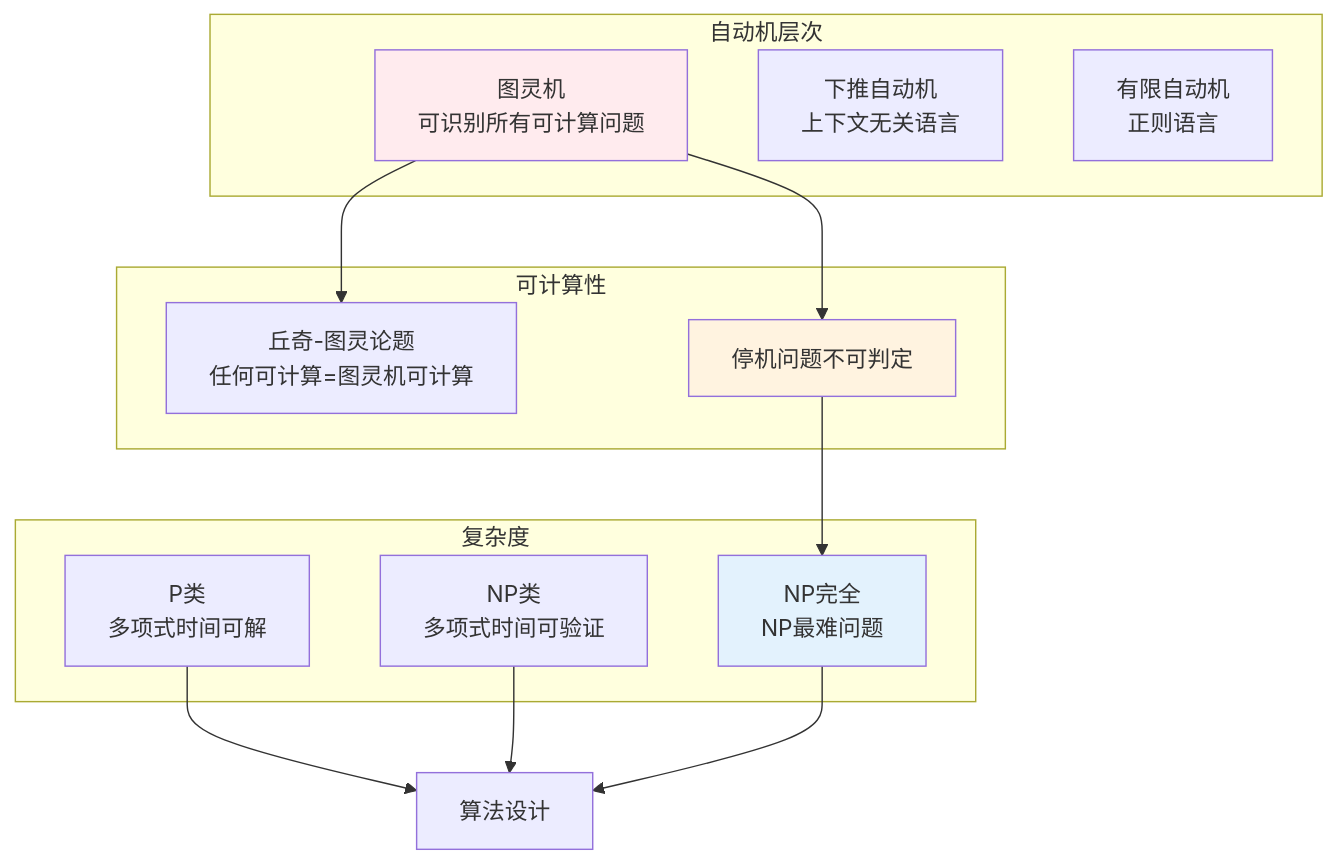
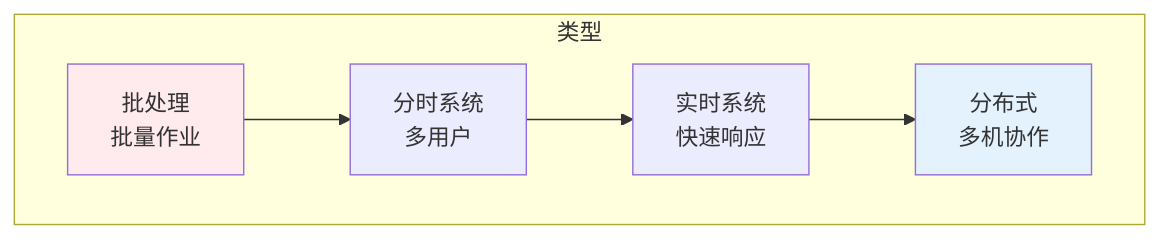
Before and after one commit to wxyClark/wxyClark.github.io: the third of 3 diagrams in content/engineering/computer-engineering/index.md, drawn with Mermaid. The commit also changed other lines of this file and 190 other files, not shown here.

````diff
--- a/content/engineering/computer-engineering/index.md
+++ b/content/engineering/computer-engineering/index.md
@@ -278,27 +96,14 @@
 ```mermaid
-flowchart TD
-    subgraph 自动机层次
-        TM[图灵机<br/>可识别所有可计算问题]
-        PDA[下推自动机<br/>上下文无关语言]
-        FA[有限自动机<br/>正则语言]
+graph TB
+    subgraph 类型
+        A1[批处理<br/>批量作业]
+        A2[分时系统<br/>多用户]
+        A3[实时系统<br/>快速响应]
+        A4[分布式<br/>多机协作]
     end
     
-    subgraph 可计算性
-        C1[丘奇-图灵论题<br/>任何可计算=图灵机可计算]
-        C2[停机问题不可判定]
-    end
+    A1 --> A2 --> A3 --> A4
     
-    subgraph 复杂度
-        CP[P类<br/>多项式时间可解]
-        CN[NP类<br/>多项式时间可验证]
-        CNP[NP完全<br/>NP最难问题]
-    end
-    
-    TM --> C1 & C2
-    C2 --> CNP
-    CP & CN & CNP --> 算法设计
-    
-    style TM fill:#ffebee
-    style C2 fill:#fff3e0
-    style CNP fill:#e3f2fd
+    style A1 fill:#ffebee
+    style A4 fill:#e3f2fd
 ```
````
